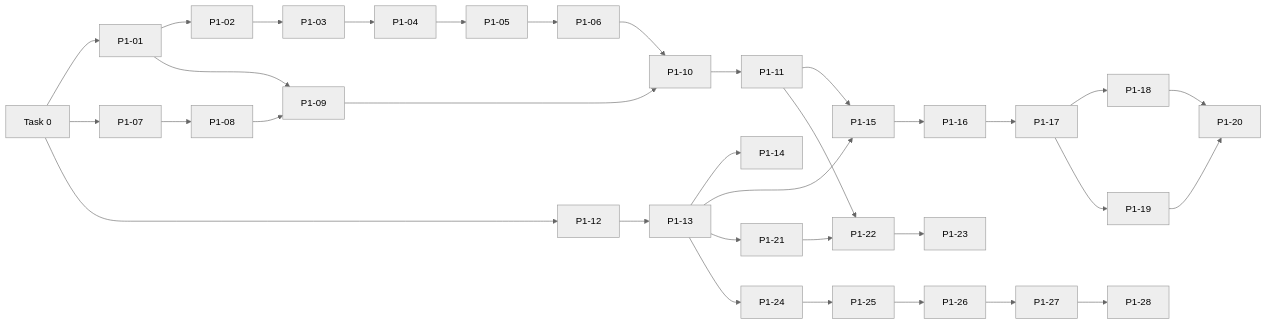
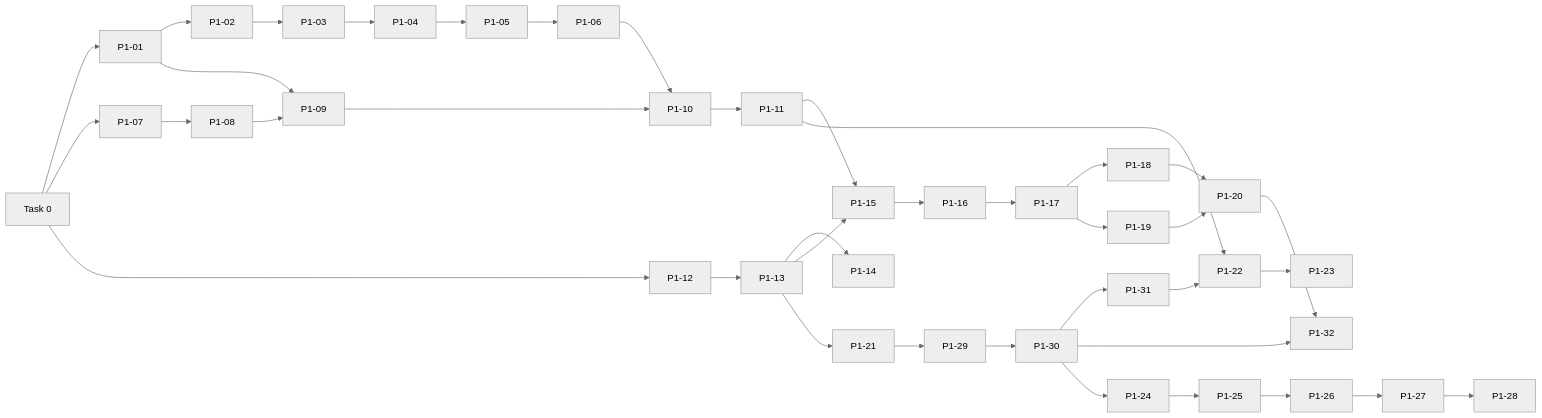
Before and after one commit to Sodabeh-Taherpanah/vorchain_project: the diagram in docs/backlog.md, drawn with Mermaid (neutral theme). The commit also changed other lines of this file and 5 other files, not shown here.

````diff
--- a/docs/backlog.md
+++ b/docs/backlog.md
@@ -52,14 +59,16 @@
 ```mermaid
 flowchart LR
   T0[Task 0] --> E1[P1-01] --> E2[P1-02] --> E3[P1-03] --> E4[P1-04] --> E5[P1-05] --> E6[P1-06]
   T0 --> R7[P1-07] --> R8[P1-08] --> R9[P1-09] --> R10[P1-10] --> S11[P1-11]
   E1 --> R9
   E6 --> R10
   T0 --> W12[P1-12] --> W13[P1-13] --> D14[P1-14]
   S11 --> W15[P1-15]
   W13 --> W15 --> W16[P1-16] --> W17[P1-17] --> W18[P1-18] --> W20[P1-20]
   W17 --> W19[P1-19] --> W20
-  W13 --> L21[P1-21] --> L22[P1-22] --> SEO23[P1-23]
+  W13 --> L21[P1-21] --> G29[P1-29] --> G30[P1-30] --> G31[P1-31] --> L22[P1-22] --> SEO23[P1-23]
   S11 --> L22
-  W13 --> LG24[P1-24] --> C25[P1-25] --> A26[P1-26] --> H27[P1-27] --> P28[P1-28]
+  G30 --> G32[P1-32]
+  W20 --> G32
+  G30 --> LG24[P1-24] --> C25[P1-25] --> A26[P1-26] --> H27[P1-27] --> P28[P1-28]
 ```
````
